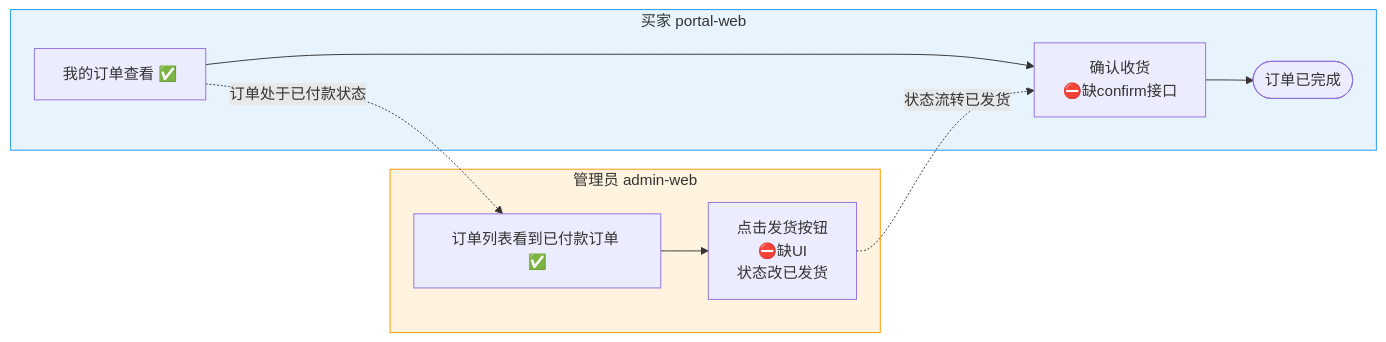
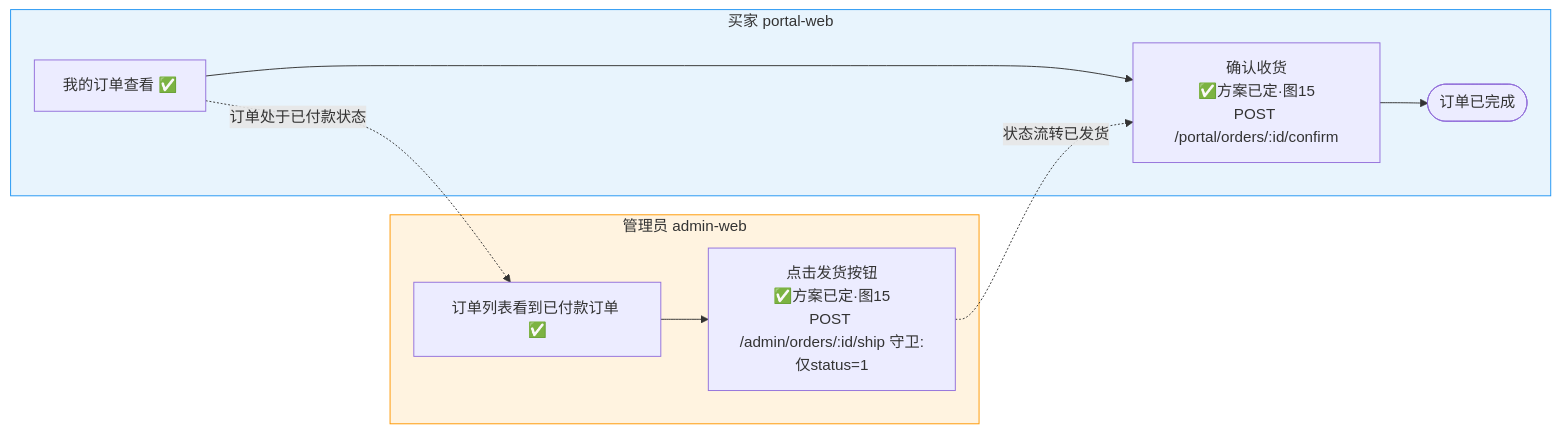
The diagram in docs/flows/5-场景3-订单履约.mmd (zzy-repo/qiqi-mall), drawn with Mermaid before and after one commit. The commit also changed 44 other files, not shown here.

```diff
--- a/docs/flows/5-场景3-订单履约.mmd
+++ b/docs/flows/5-场景3-订单履约.mmd
@@ -1,12 +1,12 @@
 flowchart LR
     subgraph Buyer[买家 portal-web]
-        B1[我的订单查看 ✅] --> B2[确认收货<br/>⛔缺confirm接口]
+        B1[我的订单查看 ✅] --> B2[确认收货<br/>✅方案已定·图15<br/>POST /portal/orders/:id/confirm]
         B2 --> Done3([订单已完成])
     end
     subgraph Admin[管理员 admin-web]
-        A1[订单列表看到已付款订单 ✅] --> A2[点击发货按钮<br/>⛔缺UI<br/>状态改已发货]
+        A1[订单列表看到已付款订单 ✅] --> A2[点击发货按钮<br/>✅方案已定·图15<br/>POST /admin/orders/:id/ship 守卫:仅status=1]
     end
     B1 -.订单处于已付款状态.-> A1
     A2 -.状态流转已发货.-> B2
     style Admin fill:#fff3e0,stroke:#ff9800
     style Buyer fill:#e8f4fd,stroke:#2196f3
```
